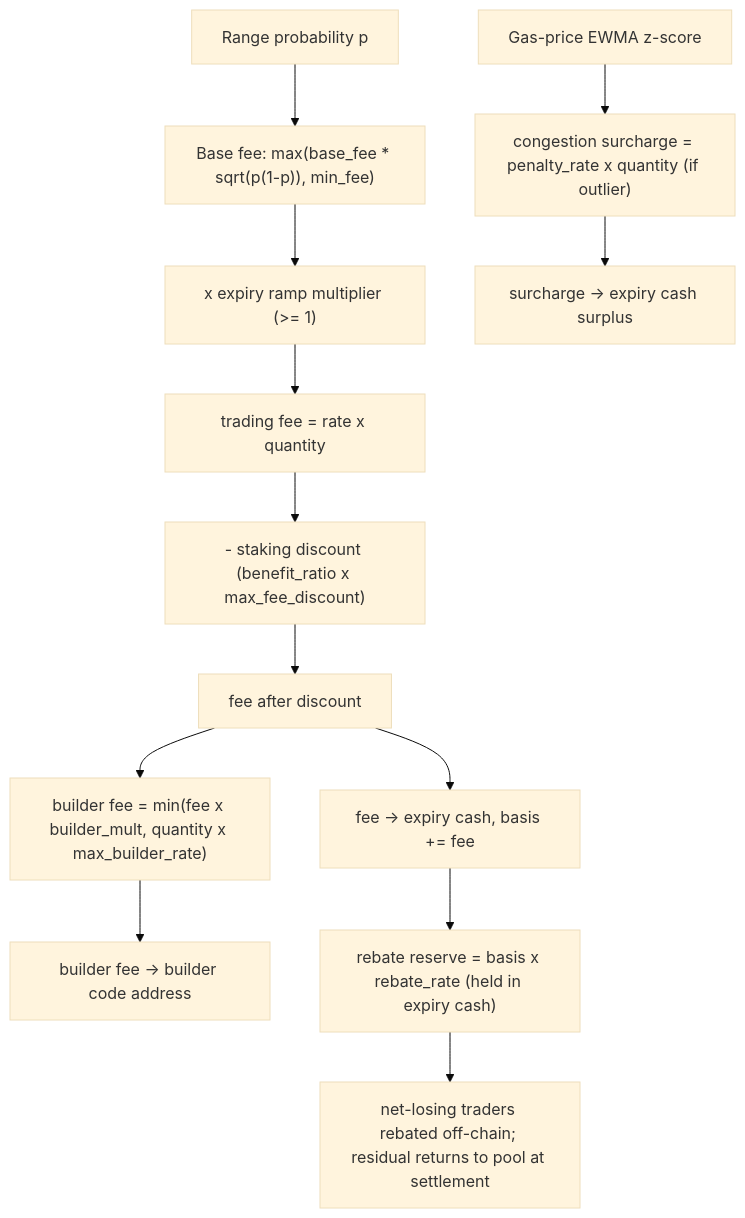
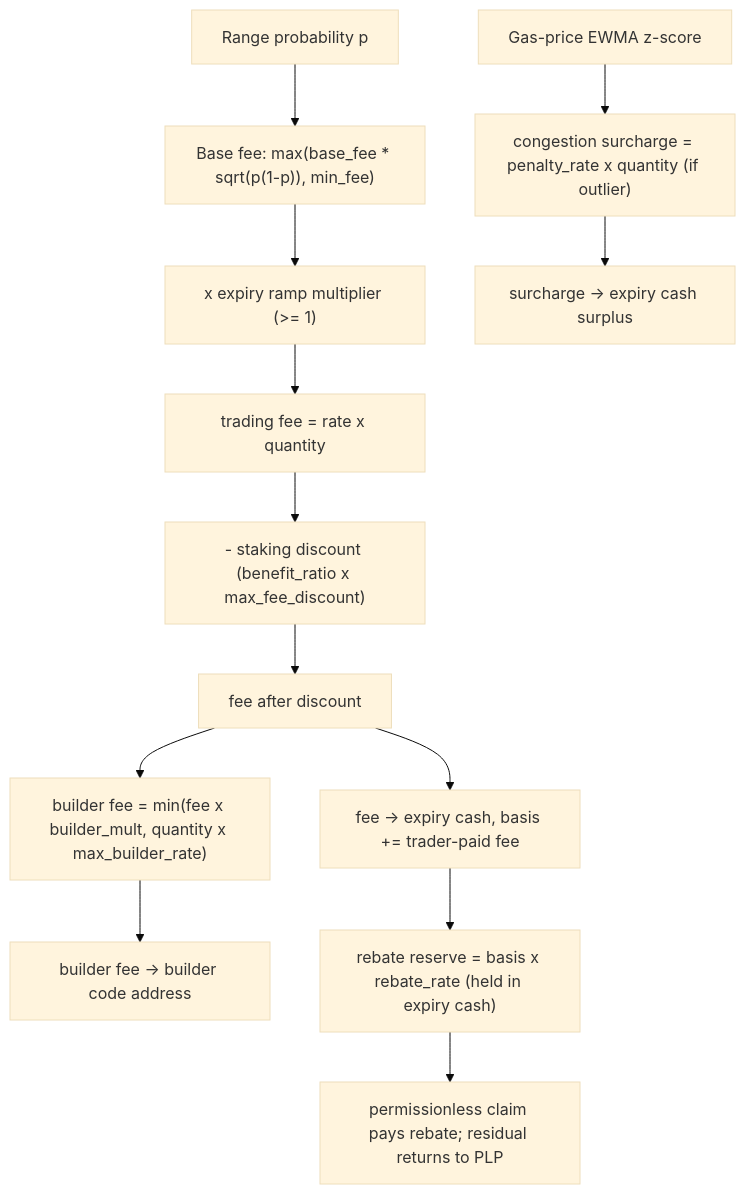
The diagram in packages/predict/docs/concepts/fees-and-rebates.md (MystenLabs/deepbookv3), drawn with Mermaid (base theme) before and after one commit. The commit also changed other lines of this file and 2 other files, not shown here.

Commit message:
Update rebate docs and tests

````diff
--- a/packages/predict/docs/concepts/fees-and-rebates.md
+++ b/packages/predict/docs/concepts/fees-and-rebates.md
@@ -153,15 +153,15 @@
 ```mermaid
 flowchart TD
     P[Range probability p] --> BF["Base fee: max(base_fee * sqrt(p(1-p)), min_fee)"]
     BF --> RAMP["x expiry ramp multiplier (>= 1)"]
     RAMP --> FEE[trading fee = rate x quantity]
     FEE --> DISC["- staking discount (benefit_ratio x max_fee_discount)"]
     DISC --> NETFEE[fee after discount]
     NETFEE --> BUILD["builder fee = min(fee x builder_mult, quantity x max_builder_rate)"]
     GAS[Gas-price EWMA z-score] --> CONG["congestion surcharge = penalty_rate x quantity (if outlier)"]
-    NETFEE --> COLLECT[fee -> expiry cash, basis += fee]
+    NETFEE --> COLLECT[fee -> expiry cash, basis += trader-paid fee]
     BUILD --> BUILDER[builder fee -> builder code address]
     CONG --> SURPLUS[surcharge -> expiry cash surplus]
     COLLECT --> RESERVE["rebate reserve = basis x rebate_rate (held in expiry cash)"]
-    RESERVE --> OFFCHAIN[net-losing traders rebated off-chain; residual returns to pool at settlement]
+    RESERVE --> CLAIM[permissionless claim pays rebate; residual returns to PLP]
 ```
````
